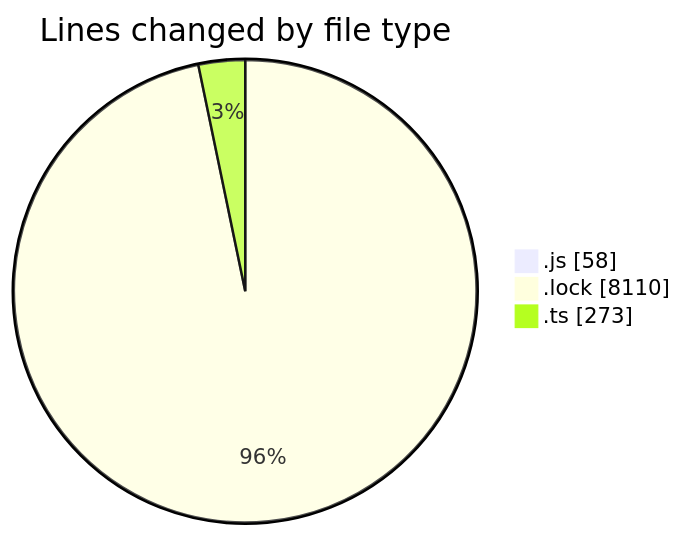
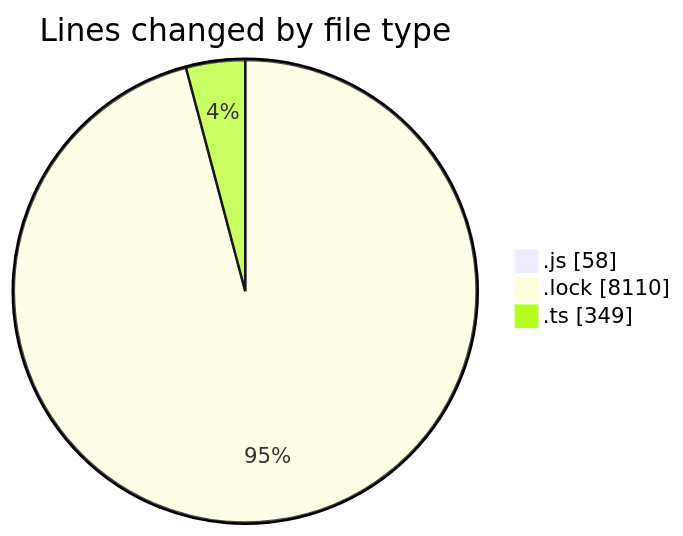
Before and after one commit to momahboobian/code-tracking: the first of 2 diagrams in 2025-02-07/cda/README.md, drawn with Mermaid. The commit also changed other lines of this file and 1 other file, not shown here.

````diff
--- a/2025-02-07/cda/README.md
+++ b/2025-02-07/cda/README.md
@@ -24,7 +25,7 @@
 ```mermaid
 pie showData
 title Lines changed by file type
 ".js" : 58
 ".lock" : 8110
-".ts" : 273
+".ts" : 349
 ```
````
